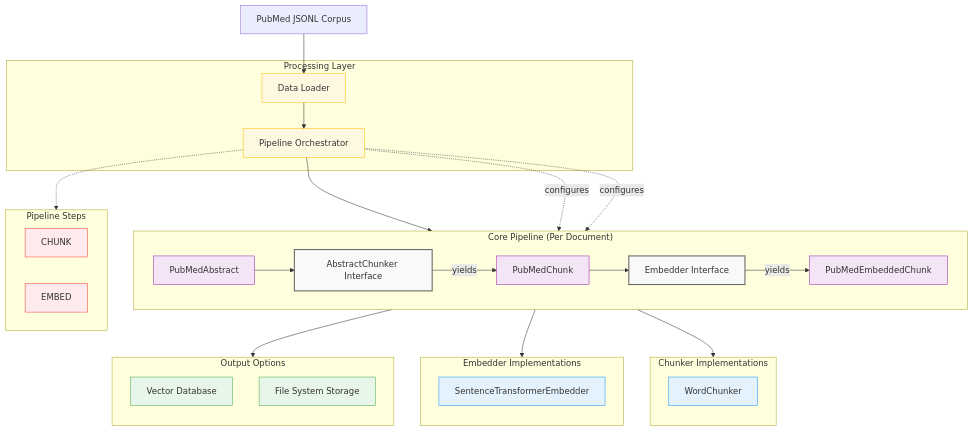
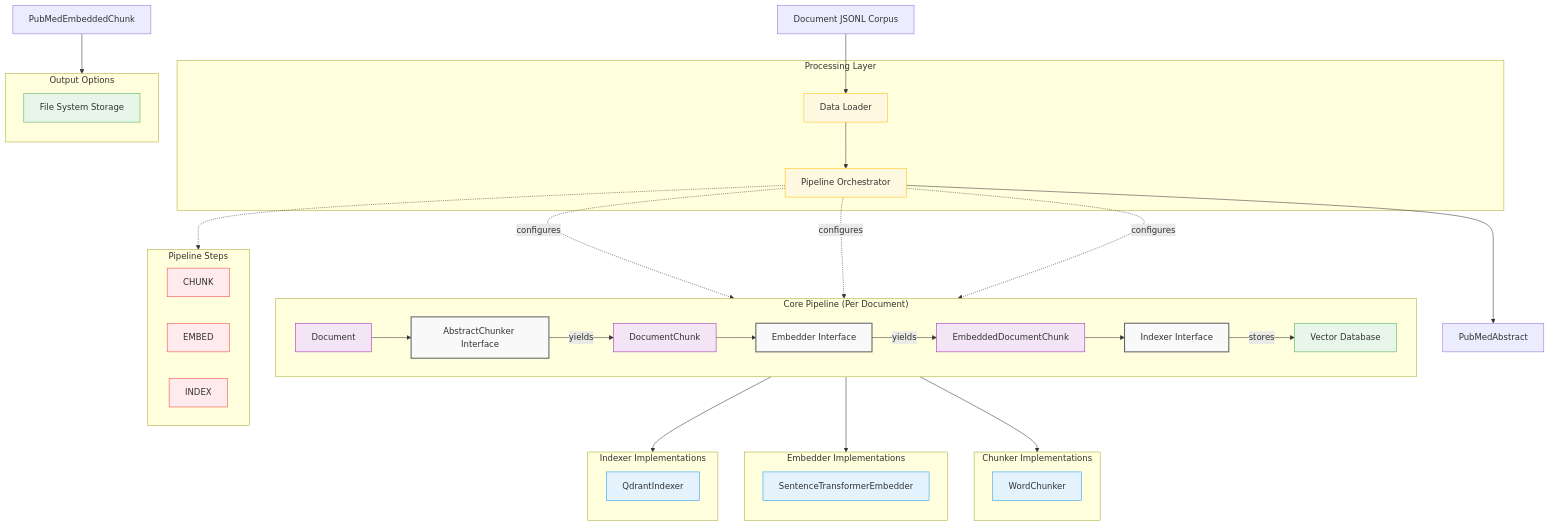
Before and after one commit to MattMorgis/bioasq-rag: the diagram in indexing_pipeline/docs/indexing-components.md, drawn with Mermaid. The commit also changed 17 other files, not shown here.

````diff
--- a/indexing_pipeline/docs/indexing-components.md
+++ b/indexing_pipeline/docs/indexing-components.md
@@ -1,69 +1,78 @@
 ```mermaid
 graph TD
-    InputData[PubMed JSONL Corpus]
+    InputData[Document JSONL Corpus]
 
     subgraph ProcessingLayer["Processing Layer"]
         DataLoader[Data Loader]
         Pipeline[Pipeline Orchestrator]
     end
 
     subgraph CorePipeline["Core Pipeline (Per Document)"]
         direction LR
 
         AbstractChunkerInterface[AbstractChunker Interface]
         EmbedderInterface[Embedder Interface]
+        IndexerInterface[Indexer Interface]
 
-        PubMedAbstract[PubMedAbstract] --> AbstractChunkerInterface
-        AbstractChunkerInterface --> |"yields"| PubMedChunk[PubMedChunk]
-        PubMedChunk --> EmbedderInterface
-        EmbedderInterface --> |"yields"| PubMedEmbeddedChunk[PubMedEmbeddedChunk]
+        Document[Document] --> AbstractChunkerInterface
+        AbstractChunkerInterface --> |"yields"| DocumentChunk[DocumentChunk]
+        DocumentChunk --> EmbedderInterface
+        EmbedderInterface --> |"yields"| EmbeddedDocumentChunk[EmbeddedDocumentChunk]
+        EmbeddedDocumentChunk --> IndexerInterface
+        IndexerInterface --> |"stores"| VectorDB[Vector Database]
     end
 
     subgraph ChunkerImplementations["Chunker Implementations"]
         direction TB
         AbstractChunkerInterface --> WordChunker[WordChunker]
     end
 
     subgraph EmbedderImplementations["Embedder Implementations"]
         direction TB
         EmbedderInterface --> SentenceTransformerEmbedder[SentenceTransformerEmbedder]
     end
 
+    subgraph IndexerImplementations["Indexer Implementations"]
+        direction TB
+        IndexerInterface --> QdrantIndexer[QdrantIndexer]
+    end
+
     subgraph OutputOptions["Output Options"]
         direction TB
-        VectorDB[Vector Database]
         FileSystem[File System Storage]
     end
 
     InputData --> DataLoader
     DataLoader --> Pipeline
     Pipeline --> PubMedAbstract
 
     PubMedEmbeddedChunk --> OutputOptions
 
     %% Pipeline Configuration
     Pipeline -.-> |"configures"| AbstractChunkerInterface
     Pipeline -.-> |"configures"| EmbedderInterface
+    Pipeline -.-> |"configures"| IndexerInterface
 
     %% Pipeline Steps
     subgraph PipelineSteps["Pipeline Steps"]
         PipelineChunk[CHUNK]
         PipelineEmbed[EMBED]
+        PipelineIndex[INDEX]
     end
 
     Pipeline -.-> PipelineSteps
 
     classDef interface fill:#f9f9f9,stroke:#666,stroke-width:2px
     classDef implementation fill:#e3f2fd,stroke:#2196f3
     classDef storage fill:#e8f5e9,stroke:#4caf50
     classDef process fill:#fff8e1,stroke:#ffc107
     classDef data fill:#f3e5f5,stroke:#9c27b0
     classDef step fill:#ffebee,stroke:#f44336
 
-    class AbstractChunkerInterface,EmbedderInterface interface
-    class WordChunker,SentenceTransformerEmbedder implementation
+    class AbstractChunkerInterface,EmbedderInterface,IndexerInterface interface
+    class WordChunker,SentenceTransformerEmbedder,QdrantIndexer implementation
     class VectorDB,FileSystem storage
     class DataLoader,Pipeline process
-    class PubMedAbstract,PubMedChunk,PubMedEmbeddedChunk data
-    class PipelineChunk,PipelineEmbed step
+    class Document,DocumentChunk,EmbeddedDocumentChunk data
+    class PipelineChunk,PipelineEmbed,PipelineIndex step
 ```
````
